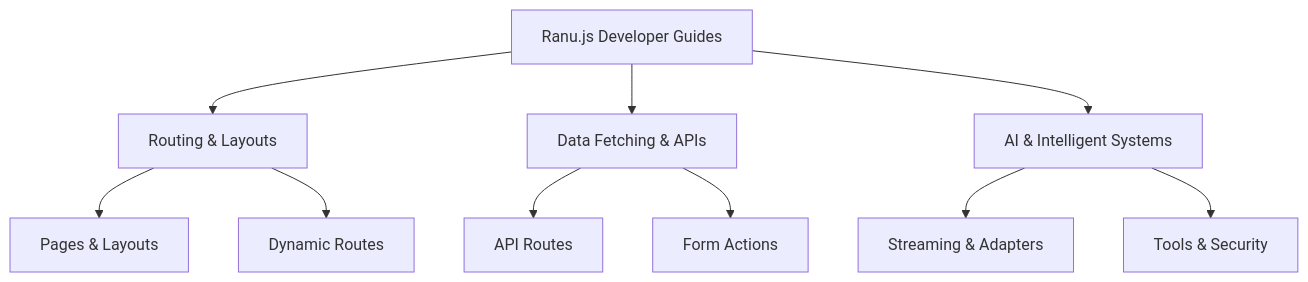
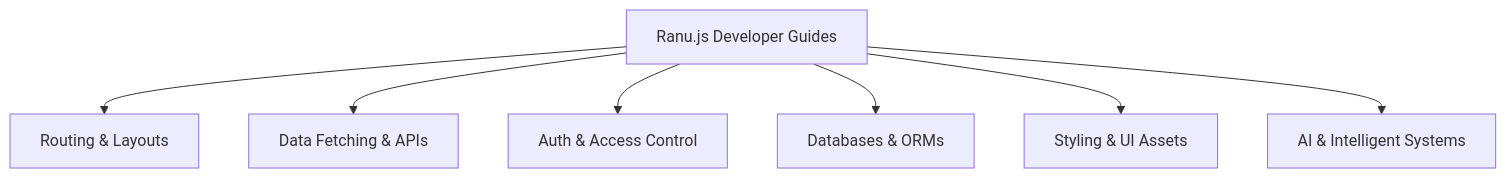
The diagram in docs/guides/README.md (hoslift/ranu.js), drawn with Mermaid before and after one commit. The commit also changed other lines of this file and 11 other files, not shown here.

First line of the commit message:
docs(guides): introduce full-stack pillars for auth, databases, and styling (#193)

````diff
--- a/docs/guides/README.md
+++ b/docs/guides/README.md
@@ -11,13 +11,10 @@
 ```mermaid
 flowchart TD
     Guides[Ranu.js Developer Guides]
     Guides --> Routing[Routing & Layouts]
     Guides --> Data[Data Fetching & APIs]
+    Guides --> Auth[Auth & Access Control]
+    Guides --> DB[Databases & ORMs]
+    Guides --> Style[Styling & UI Assets]
     Guides --> AI[AI & Intelligent Systems]
-    Routing --> R1[Pages & Layouts]
-    Routing --> R2[Dynamic Routes]
-    Data --> D1[API Routes]
-    Data --> D2[Form Actions]
-    AI --> A1[Streaming & Adapters]
-    AI --> A2[Tools & Security]
 ```
````
